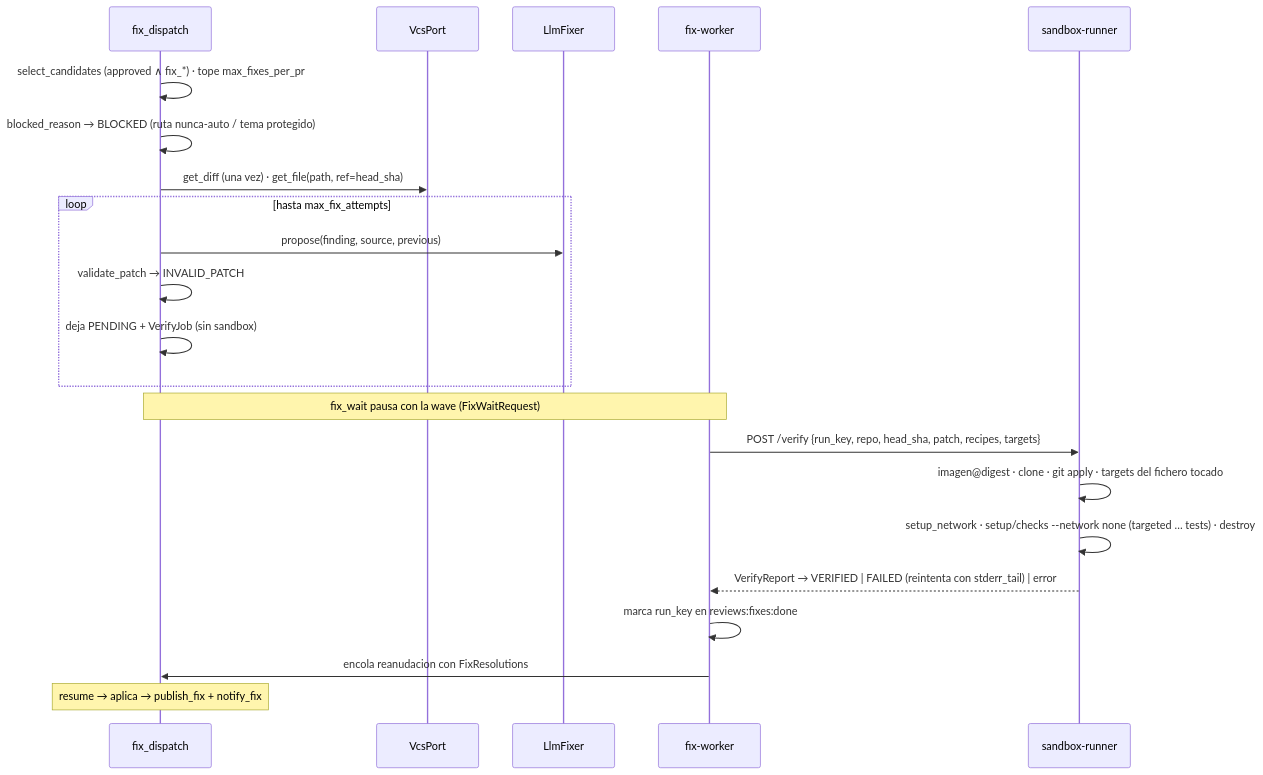
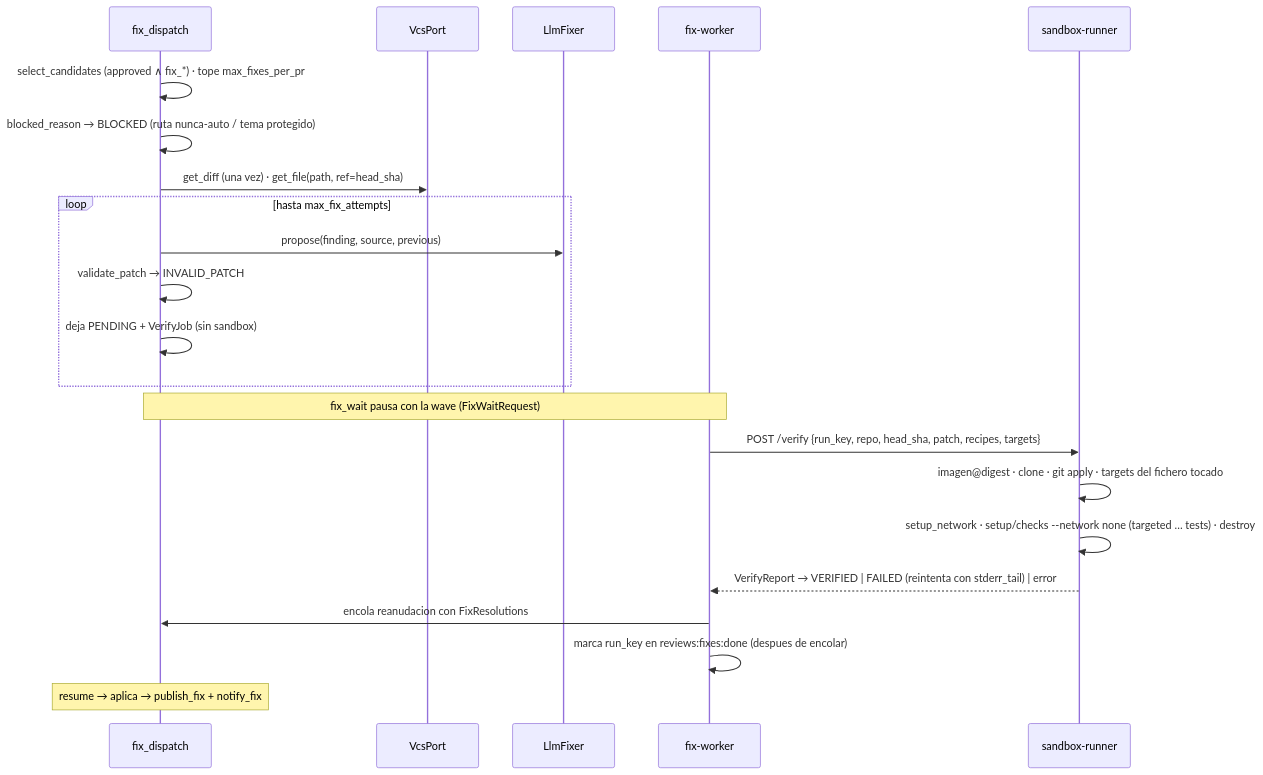
One commit to pcgarat/agent-review-langgraph changed the sixth of 6 diagrams in docs/arquitectura.md. Above: the diagram before and after it, drawn with Mermaid. The commit also changed other lines of this file and 19 other files, not shown here.

````diff
--- a/docs/arquitectura.md
+++ b/docs/arquitectura.md
@@ -244,24 +244,24 @@
 ```mermaid
 sequenceDiagram
     participant F as fix_dispatch
     participant V as VcsPort
     participant L as LlmFixer
     participant FW as fix-worker
     participant S as sandbox-runner
     F->>F: select_candidates (approved ∧ fix_*) · tope max_fixes_per_pr
     F->>F: blocked_reason → BLOCKED (ruta nunca-auto / tema protegido)
     F->>V: get_diff (una vez) · get_file(path, ref=head_sha)
     loop hasta max_fix_attempts
         F->>L: propose(finding, source, previous)
         F->>F: validate_patch → INVALID_PATCH
         F->>F: deja PENDING + VerifyJob (sin sandbox)
     end
     Note over F,FW: fix_wait pausa con la wave (FixWaitRequest)
     FW->>S: POST /verify {run_key, repo, head_sha, patch, recipes, targets}
     S->>S: imagen@digest · clone · git apply · targets del fichero tocado
     S->>S: setup_network · setup/checks --network none (targeted … tests) · destroy
     S-->>FW: VerifyReport → VERIFIED | FAILED (reintenta con stderr_tail) | error
-    FW->>FW: marca run_key en reviews:fixes:done
     FW->>F: encola reanudacion con FixResolutions
+    FW->>FW: marca run_key en reviews:fixes:done (despues de encolar)
     Note over F: resume → aplica → publish_fix + notify_fix
 ```
````
